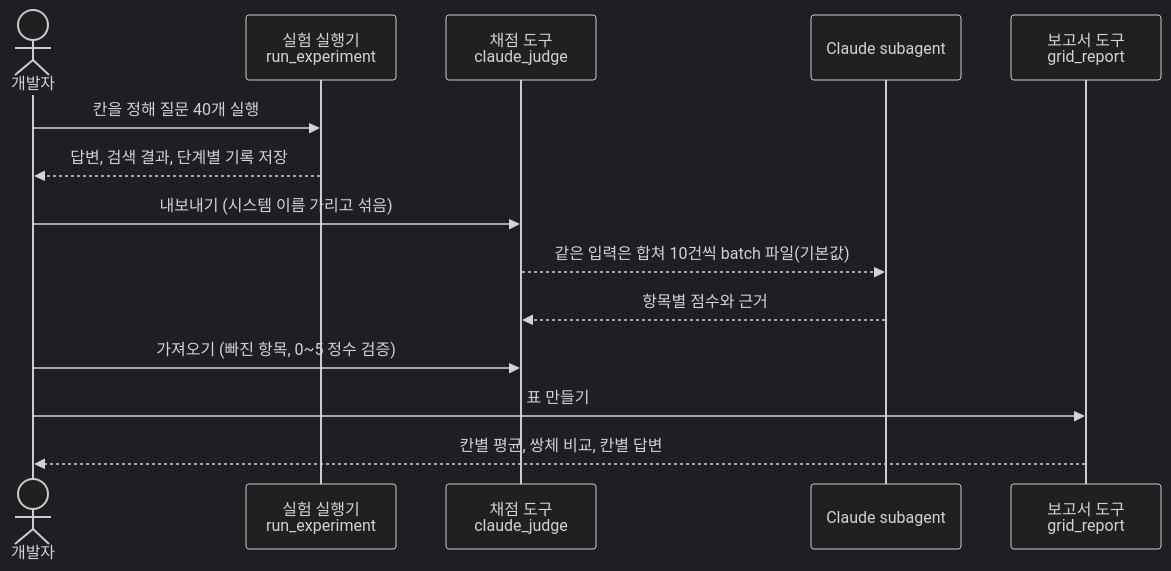
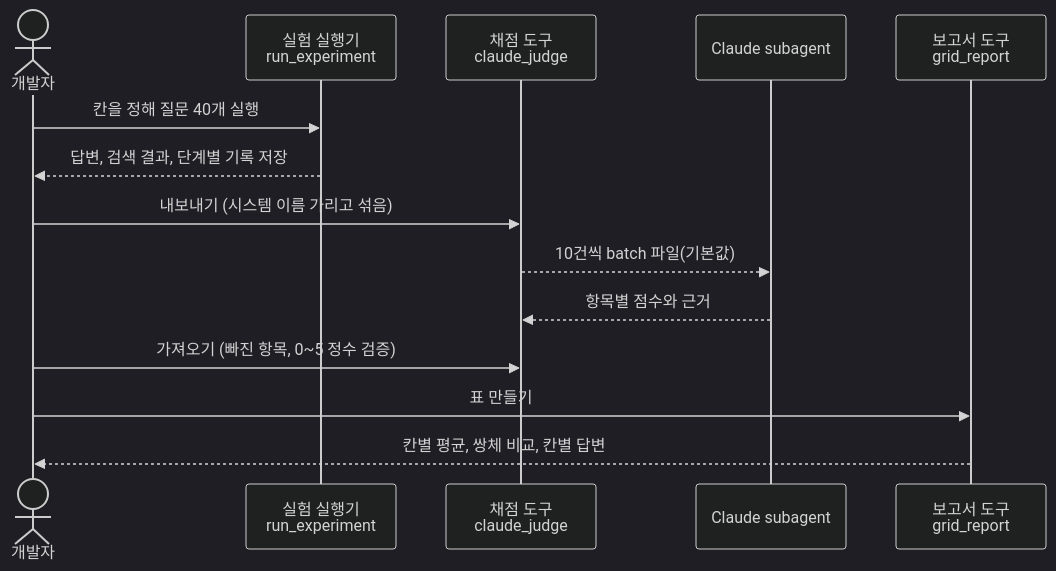
The second of 2 diagrams in docs/06_평가.md (adover134/hierarchical-md-rag), drawn with Mermaid (dark theme) before and after one commit. The commit also changed other lines of this file and 29 other files, not shown here.

````diff
--- a/docs/06_평가.md
+++ b/docs/06_평가.md
@@ -42,17 +42,17 @@
 ```mermaid
 sequenceDiagram
     actor 개발자
     participant R as 실험 실행기<br/>run_experiment
     participant J as 채점 도구<br/>claude_judge
     participant C as Claude subagent
     participant G as 보고서 도구<br/>grid_report
 
     개발자->>R: 칸을 정해 질문 40개 실행
     R-->>개발자: 답변, 검색 결과, 단계별 기록 저장
     개발자->>J: 내보내기 (시스템 이름 가리고 섞음)
-    J-->>C: 같은 입력은 합쳐 10건씩 batch 파일(기본값)
+    J-->>C: 10건씩 batch 파일(기본값)
     C-->>J: 항목별 점수와 근거
     개발자->>J: 가져오기 (빠진 항목, 0~5 정수 검증)
     개발자->>G: 표 만들기
     G-->>개발자: 칸별 평균, 쌍체 비교, 칸별 답변
 ```
````
